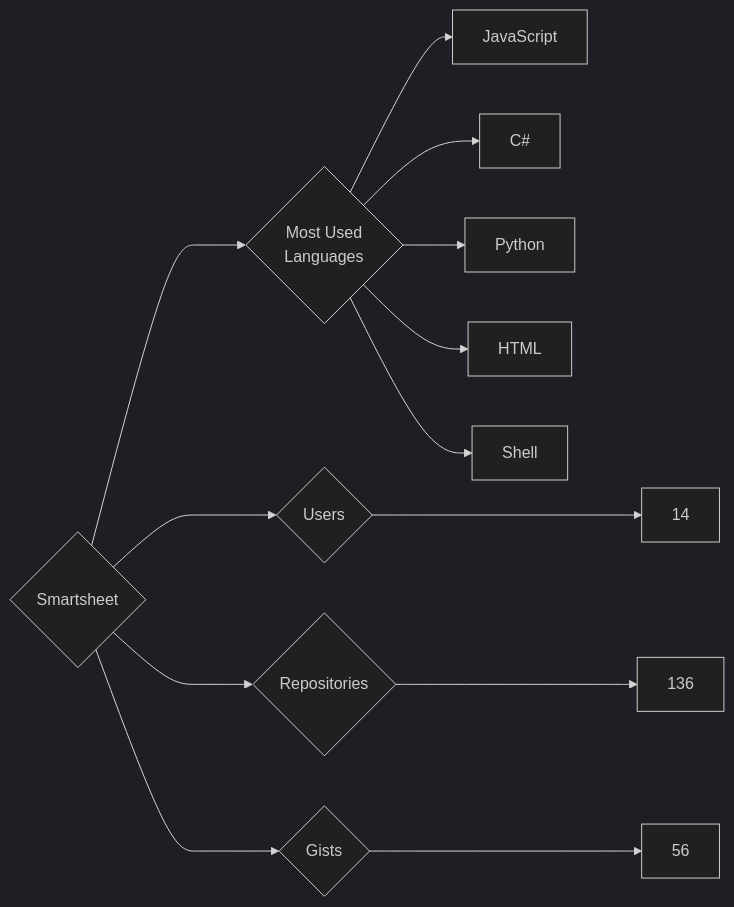
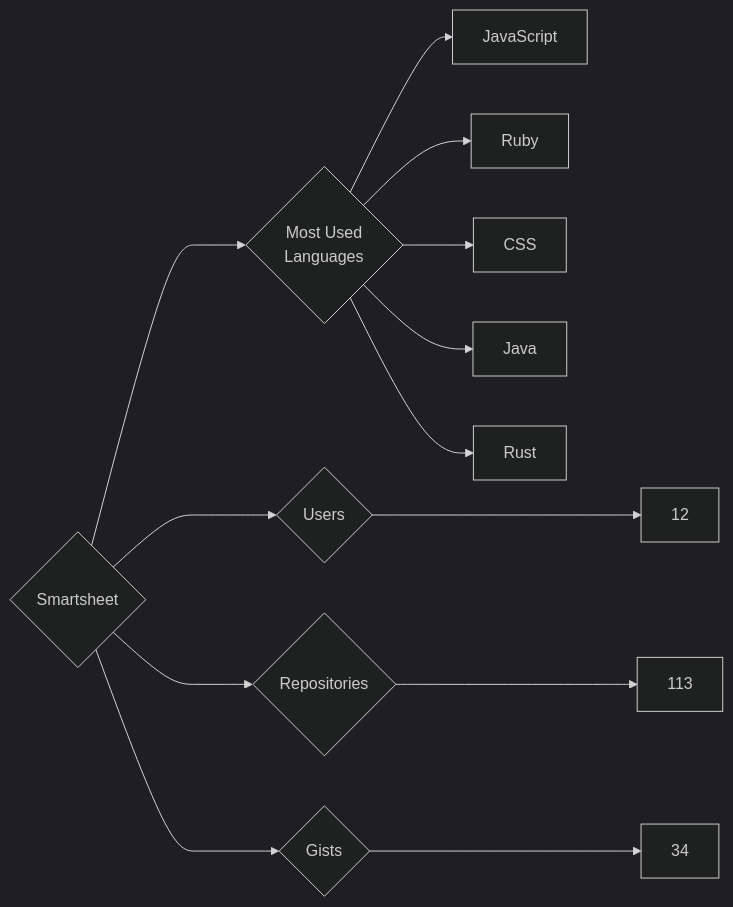
Before and after one commit to trickest/insiders: the diagram in targets/Smartsheet/README.md, drawn with Mermaid (dark theme). The commit also changed 964 other files, not shown here.

````diff
--- a/targets/Smartsheet/README.md
+++ b/targets/Smartsheet/README.md
@@ -3,13 +3,13 @@
 ```mermaid
 graph LR
 COMPANY_NAME{Smartsheet}
-COMPANY_NAME ---> U{Users} ---> UN[14]
-COMPANY_NAME ---> R{Repositories} ---> RN[136]
-COMPANY_NAME ---> G{Gists} ---> GN[56]
+COMPANY_NAME ---> U{Users} ---> UN[12]
+COMPANY_NAME ---> R{Repositories} ---> RN[113]
+COMPANY_NAME ---> G{Gists} ---> GN[34]
 COMPANY_NAME ---> ML{Most Used<br>Languages}
 ML --> JavaScript[JavaScript]
-ML --> C#[C#]
-ML --> Python[Python]
-ML --> HTML[HTML]
-ML --> Shell[Shell]
+ML --> Ruby[Ruby]
+ML --> CSS[CSS]
+ML --> Java[Java]
+ML --> Rust[Rust]
 ```
````
